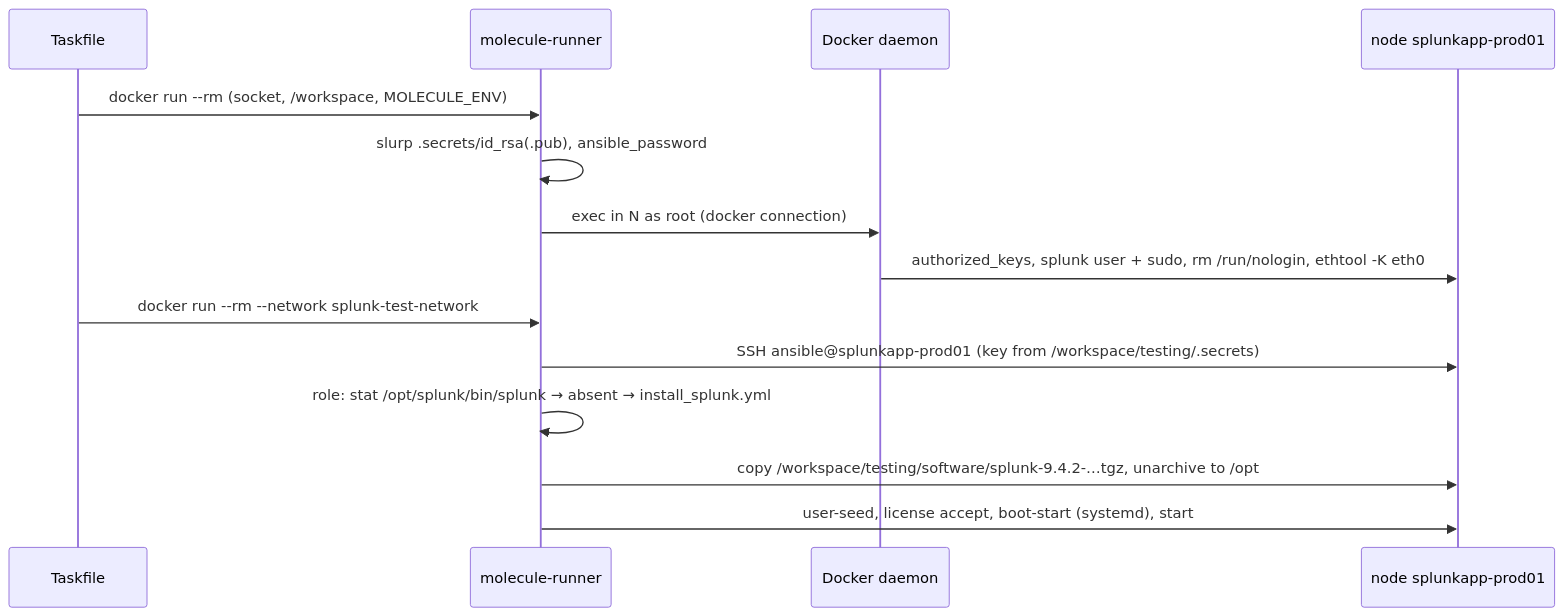
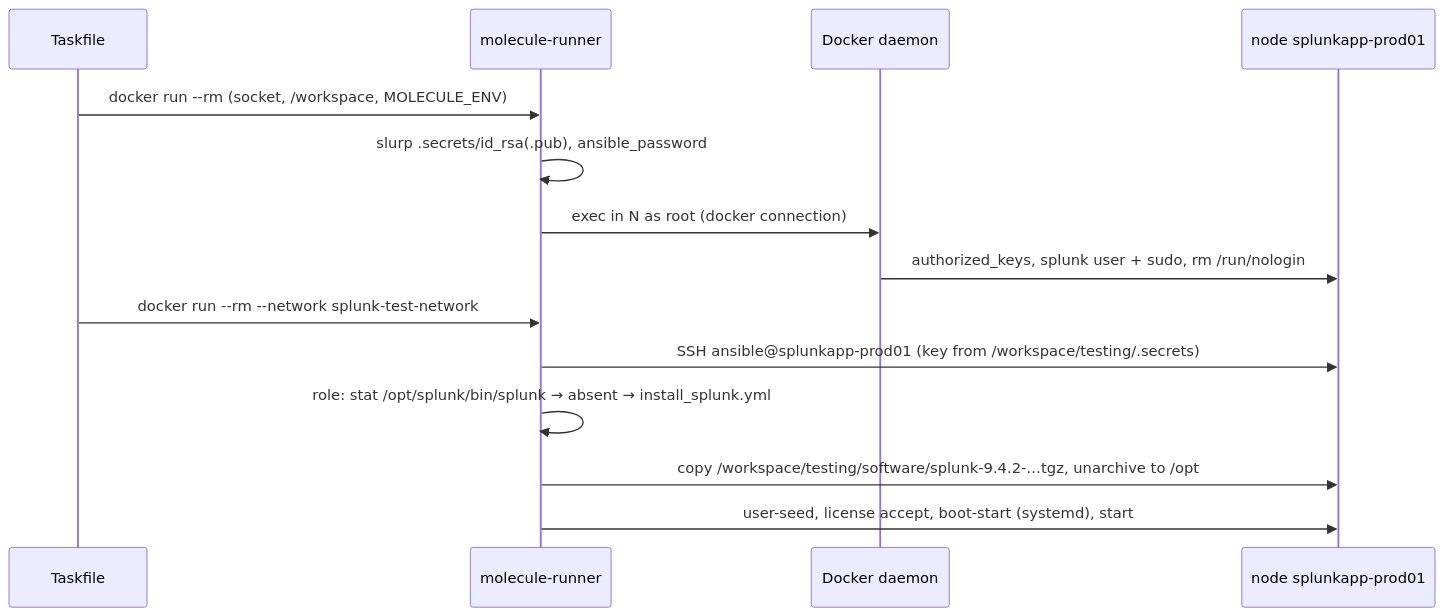
One commit to bayeslearner/ansible-role-for-splunk changed the fourth of 4 diagrams in docs/specs/05-molecule-virtual-lab/design.md. Above: the diagram before and after it, drawn with Mermaid. The commit also changed other lines of this file and 5 other files, not shown here.

````diff
--- a/docs/specs/05-molecule-virtual-lab/design.md
+++ b/docs/specs/05-molecule-virtual-lab/design.md
@@ -133,16 +133,16 @@
 ```mermaid
 sequenceDiagram
   participant T as Taskfile
   participant R as molecule-runner
   participant D as Docker daemon
   participant N as node splunkapp-prod01
   T->>R: docker run --rm (socket, /workspace, MOLECULE_ENV)
   R->>R: slurp .secrets/id_rsa(.pub), ansible_password
   R->>D: exec in N as root (docker connection)
-  D->>N: authorized_keys, splunk user + sudo, rm /run/nologin, ethtool -K eth0
+  D->>N: authorized_keys, splunk user + sudo, rm /run/nologin
   T->>R: docker run --rm --network splunk-test-network
   R->>N: SSH ansible@splunkapp-prod01 (key from /workspace/testing/.secrets)
   R->>R: role: stat /opt/splunk/bin/splunk → absent → install_splunk.yml
   R->>N: copy /workspace/testing/software/splunk-9.4.2-…tgz, unarchive to /opt
   R->>N: user-seed, license accept, boot-start (systemd), start
 ```
````
